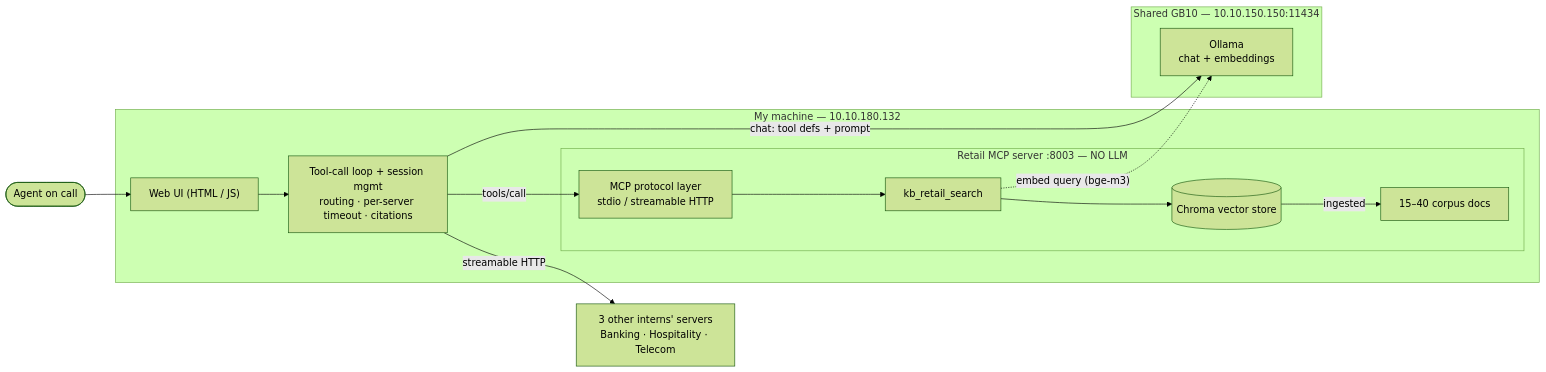
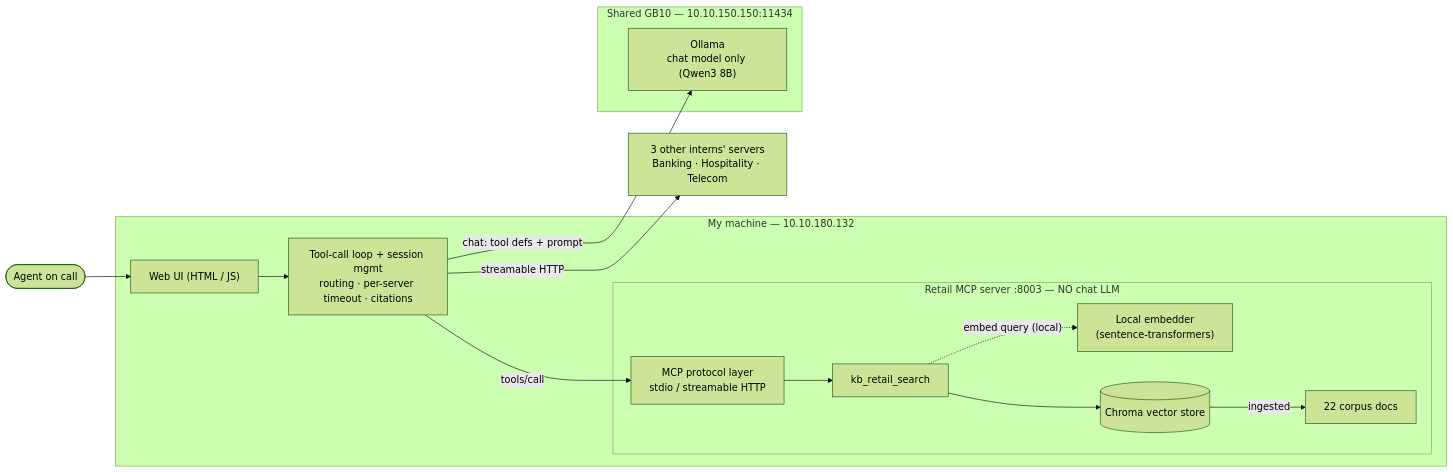
The first of 2 diagrams in docs/design_document.md (rishiupadhyaygithub/retail-mcp-chatbot), drawn with Mermaid (forest theme) before and after one commit. The commit also changed other lines of this file and 1 other file, not shown here.

Commit message:
Correct embedding to LOCAL host (off GB10) per manager; chat model Qwen3 8B (GB10 chat-only); add Wed 3pm design-review meeting; retire shared repo note; compact PDF layout

````diff
--- a/docs/design_document.md
+++ b/docs/design_document.md
@@ -37,25 +37,26 @@
 ```mermaid title="Figure 1 — Phase 1 architecture and data flow (retail)"
 flowchart LR
   user(["Agent on call"])
   subgraph host["My machine — 10.10.180.132"]
     ui["Web UI (HTML / JS)"]
     loop["Tool-call loop + session mgmt<br/>routing · per-server timeout · citations"]
-    subgraph mcp["Retail MCP server :8003 — NO LLM"]
+    subgraph mcp["Retail MCP server :8003 — NO chat LLM"]
       proto["MCP protocol layer<br/>stdio / streamable HTTP"]
       search["kb_retail_search"]
+      embed["Local embedder<br/>(sentence-transformers)"]
       chroma[("Chroma vector store")]
-      docs["15–40 corpus docs"]
+      docs["22 corpus docs"]
     end
   end
   subgraph gb10["Shared GB10 — 10.10.150.150:11434"]
-    ollama["Ollama<br/>chat + embeddings"]
+    ollama["Ollama<br/>chat model only (Qwen3 8B)"]
   end
   other["3 other interns' servers<br/>Banking · Hospitality · Telecom"]
   user --> ui --> loop
   loop -- "chat: tool defs + prompt" --> ollama
   loop -- "tools/call" --> proto
   proto --> search --> chroma
-  search -. "embed query (bge-m3)" .-> ollama
+  search -. "embed query (local)" .-> embed
   chroma -- "ingested" --> docs
   loop -- "streamable HTTP" --> other
 ```
````
